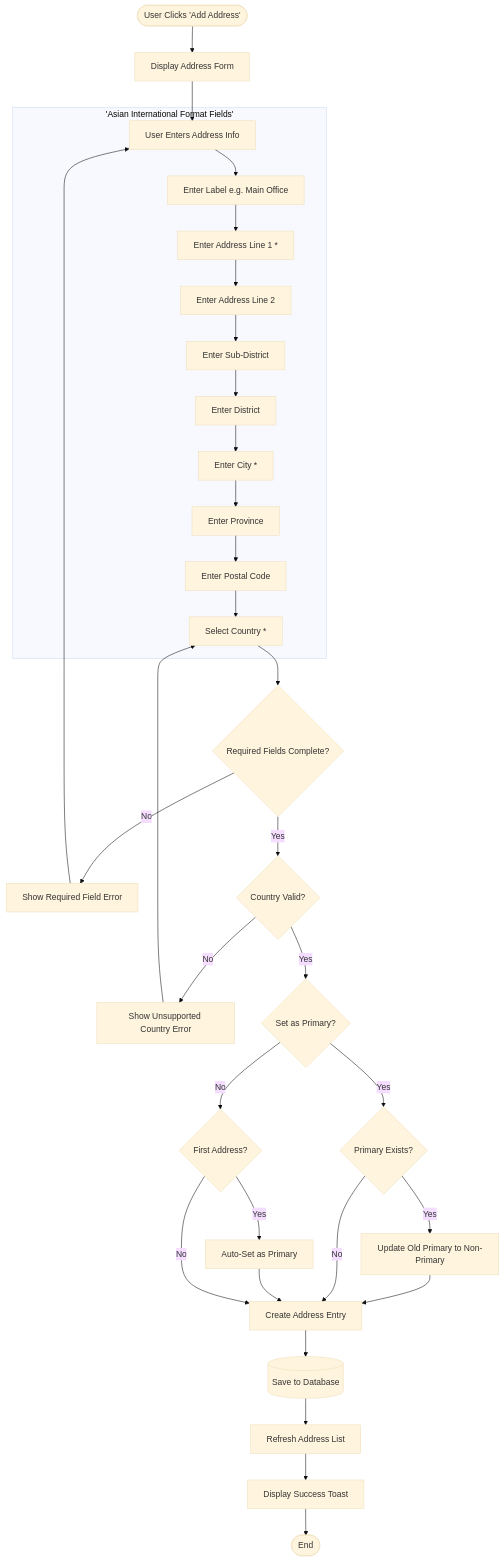
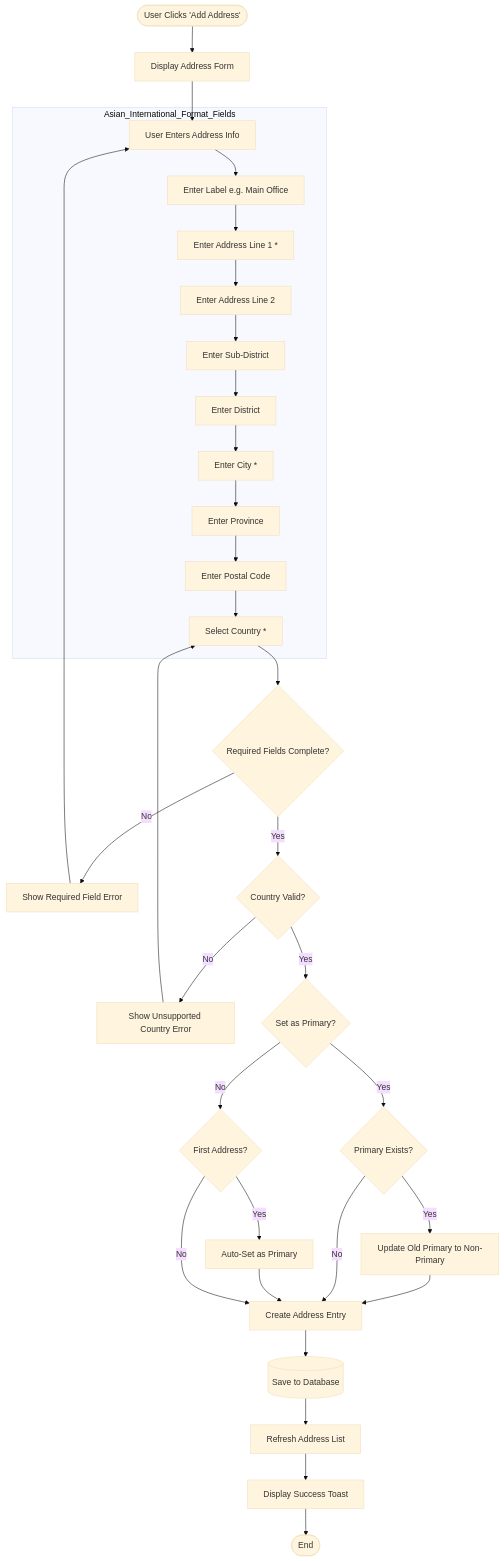
Diagram 15 of 24 in docs/app/vendor-management/vendor-directory/FD-vendor-directory.md (PeakMNA/carmen), drawn with Mermaid (base theme) before and after one commit. The commit also changed other lines of this file and 473 other files, not shown here.

````diff
--- a/docs/app/vendor-management/vendor-directory/FD-vendor-directory.md
+++ b/docs/app/vendor-management/vendor-directory/FD-vendor-directory.md
@@ -742,41 +733,41 @@
 ```mermaid
 flowchart TD
     Start([User Clicks 'Add Address']) --> ShowForm[Display Address Form]
     ShowForm --> EnterData[User Enters Address Info]
 
-    subgraph 'Asian International Format Fields'
+    subgraph Asian_International_Format_Fields
         EnterData --> EnterLabel[Enter Label e.g. Main Office]
         EnterLabel --> EnterLine1[Enter Address Line 1 *]
         EnterLine1 --> EnterLine2[Enter Address Line 2]
         EnterLine2 --> EnterSubDistrict[Enter Sub-District]
         EnterSubDistrict --> EnterDistrict[Enter District]
         EnterDistrict --> EnterCity[Enter City *]
         EnterCity --> EnterProvince[Enter Province]
         EnterProvince --> EnterPostal[Enter Postal Code]
         EnterPostal --> SelectCountry[Select Country *]
     end
 
     SelectCountry --> ValidateRequired{Required Fields Complete?}
     ValidateRequired -->|No| RequiredError[Show Required Field Error]
     RequiredError --> EnterData
 
     ValidateRequired -->|Yes| ValidateCountry{Country Valid?}
     ValidateCountry -->|No| CountryError[Show Unsupported Country Error]
     CountryError --> SelectCountry
 
     ValidateCountry -->|Yes| CheckPrimary{Set as Primary?}
     CheckPrimary -->|Yes| CheckExistingPrimary{Primary Exists?}
     CheckExistingPrimary -->|Yes| UpdateOldPrimary[Update Old Primary to Non-Primary]
     UpdateOldPrimary --> CreateAddress
     CheckExistingPrimary -->|No| CreateAddress
 
     CheckPrimary -->|No| FirstAddress{First Address?}
     FirstAddress -->|Yes| SetPrimaryAuto[Auto-Set as Primary]
     SetPrimaryAuto --> CreateAddress
     FirstAddress -->|No| CreateAddress[Create Address Entry]
 
     CreateAddress --> SaveDB[(Save to Database)]
     SaveDB --> RefreshList[Refresh Address List]
     RefreshList --> Success[Display Success Toast]
     Success --> End([End])
 ```
````
